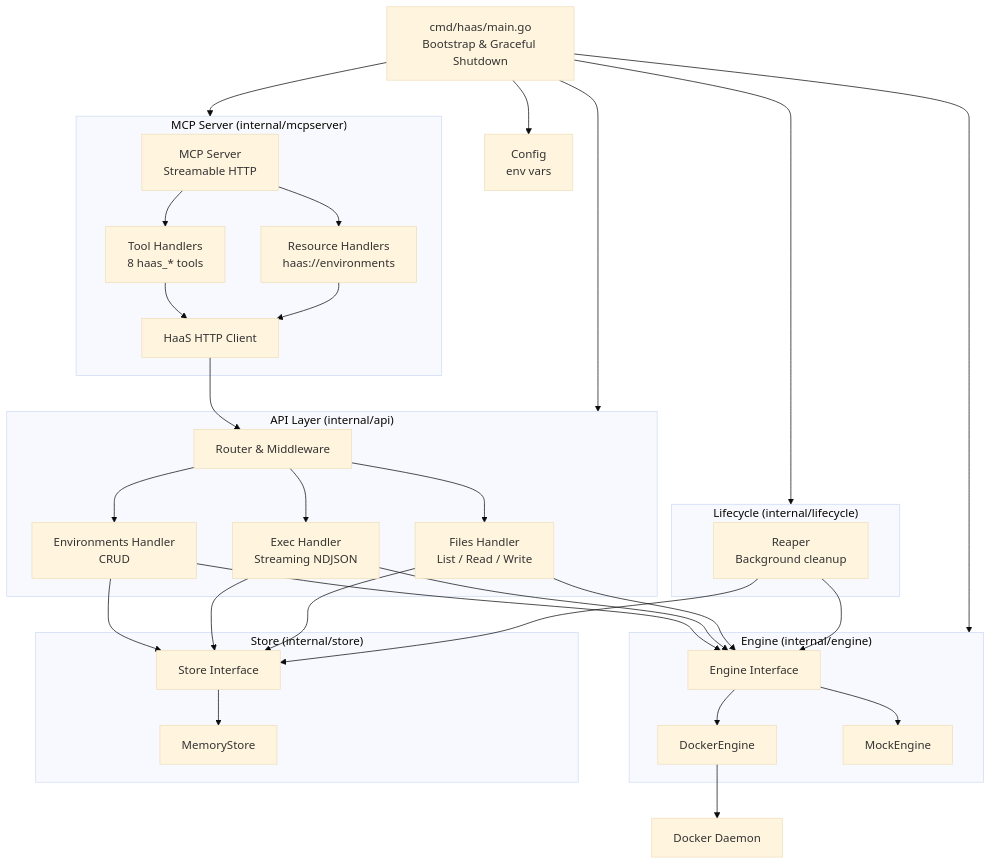
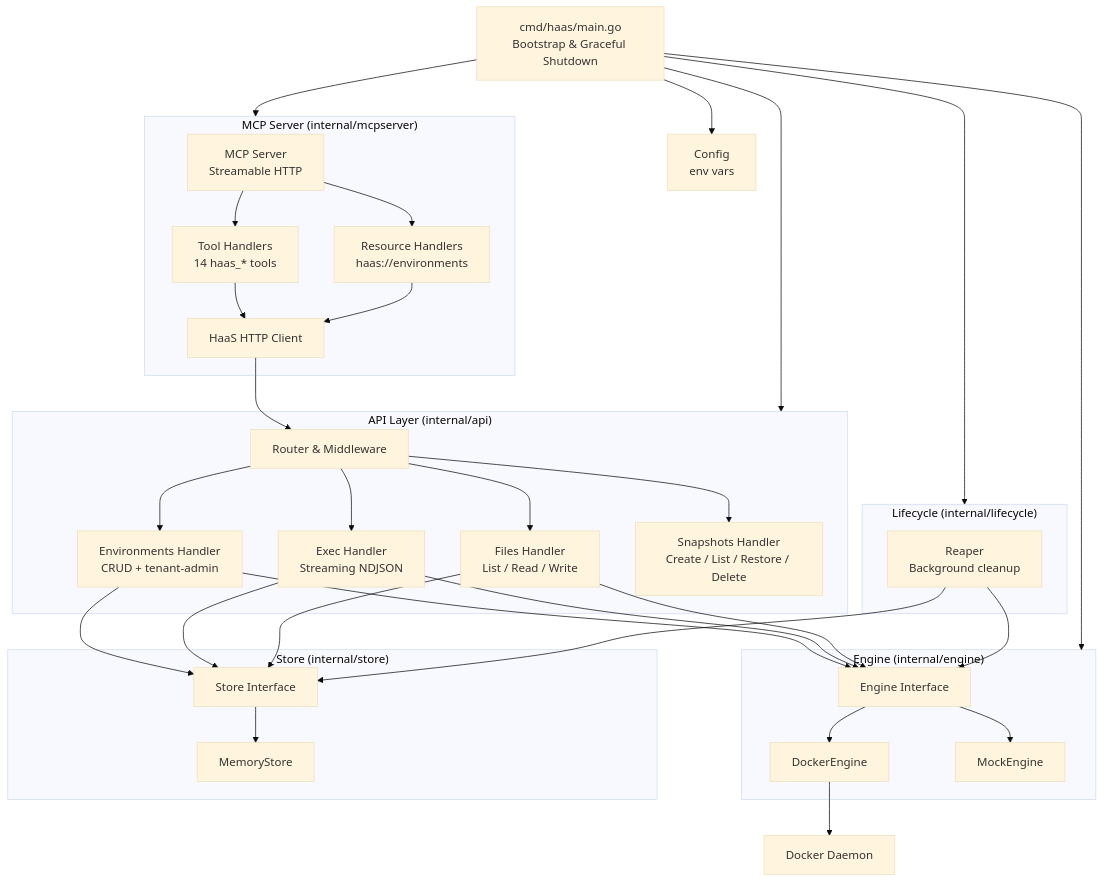
The second of 4 diagrams in README.md (dacs30/Forge-Agent-Harness-API), drawn with Mermaid (base theme) before and after one commit. The commit also changed other lines of this file, not shown here.

````diff
--- a/README.md
+++ b/README.md
@@ -45,62 +45,64 @@
 ```mermaid
 graph TD
     Main["cmd/haas/main.go<br/>Bootstrap & Graceful Shutdown"]
 
     Main --> API
     Main --> MCP
     Main --> Lifecycle
     Main --> Config
     Main --> Engine
 
     subgraph API["API Layer (internal/api)"]
         Router["Router & Middleware"]
-        EnvH["Environments Handler<br/>CRUD"]
+        EnvH["Environments Handler<br/>CRUD + tenant-admin"]
         ExecH["Exec Handler<br/>Streaming NDJSON"]
         FilesH["Files Handler<br/>List / Read / Write"]
+        SnapH["Snapshots Handler<br/>Create / List / Restore / Delete"]
         Router --> EnvH
         Router --> ExecH
         Router --> FilesH
+        Router --> SnapH
     end
 
     subgraph MCP["MCP Server (internal/mcpserver)"]
         MCPSrv["MCP Server<br/>Streamable HTTP"]
-        Tools["Tool Handlers<br/>8 haas_* tools"]
+        Tools["Tool Handlers<br/>14 haas_* tools"]
         Resources["Resource Handlers<br/>haas://environments"]
         MCPClient["HaaS HTTP Client"]
         MCPSrv --> Tools
         MCPSrv --> Resources
         Tools --> MCPClient
         Resources --> MCPClient
     end
 
     subgraph Lifecycle["Lifecycle (internal/lifecycle)"]
         Reaper["Reaper<br/>Background cleanup"]
     end
 
     subgraph Engine["Engine (internal/engine)"]
         EngineI["Engine Interface"]
         DockerE["DockerEngine"]
         MockE["MockEngine"]
         EngineI --> DockerE
         EngineI --> MockE
     end
 
     subgraph Store["Store (internal/store)"]
         StoreI["Store Interface"]
         MemStore["MemoryStore"]
         StoreI --> MemStore
     end
 
     Config["Config<br/>env vars"]
 
     EnvH --> StoreI
     EnvH --> EngineI
     ExecH --> StoreI
     ExecH --> EngineI
     FilesH --> StoreI
     FilesH --> EngineI
     Reaper --> StoreI
     Reaper --> EngineI
     DockerE --> DockerD["Docker Daemon"]
     MCPClient --> Router
 ```
````
